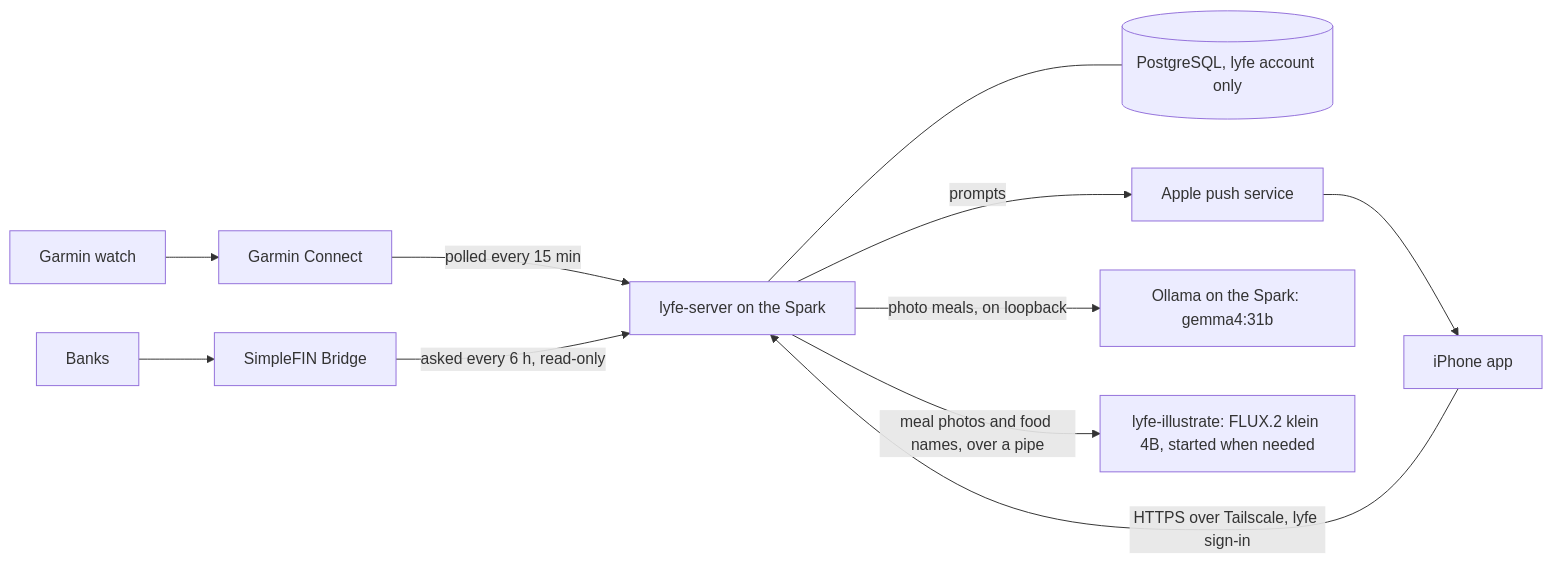
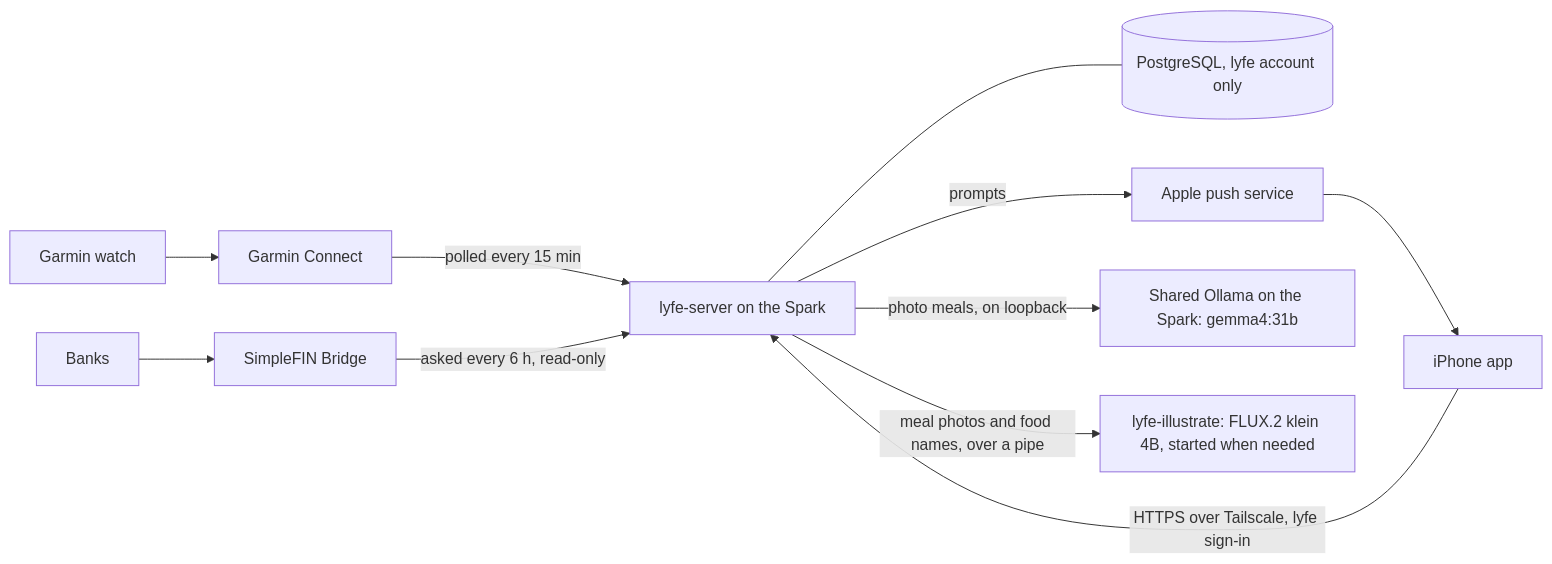
Before and after one commit to EduardKakosyan/lyfe: the diagram in README.md, drawn with Mermaid. The commit also changed other lines of this file, not shown here.

````diff
--- a/README.md
+++ b/README.md
@@ -18,12 +31,12 @@
 ```mermaid
 flowchart LR
     watch[Garmin watch] --> garmin[Garmin Connect]
     garmin -- polled every 15 min --> server[lyfe-server on the Spark]
     server --- db[(PostgreSQL, lyfe account only)]
     phone[iPhone app] -- HTTPS over Tailscale, lyfe sign-in --> server
     server -- prompts --> apple[Apple push service] --> phone
-    server -- photo meals, on loopback --> ollama[Ollama on the Spark: gemma4:31b]
+    server -- photo meals, on loopback --> ollama[Shared Ollama on the Spark: gemma4:31b]
     server -- meal photos and food names, over a pipe --> illustrator[lyfe-illustrate: FLUX.2 klein 4B, started when needed]
     banks[Banks] --> bridge[SimpleFIN Bridge]
     bridge -- asked every 6 h, read-only --> server
 ```
````
